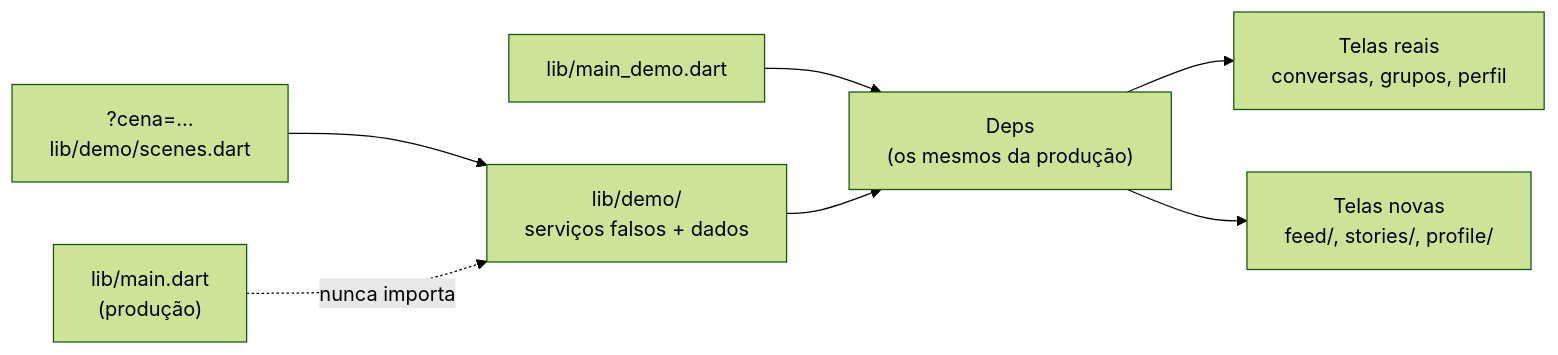
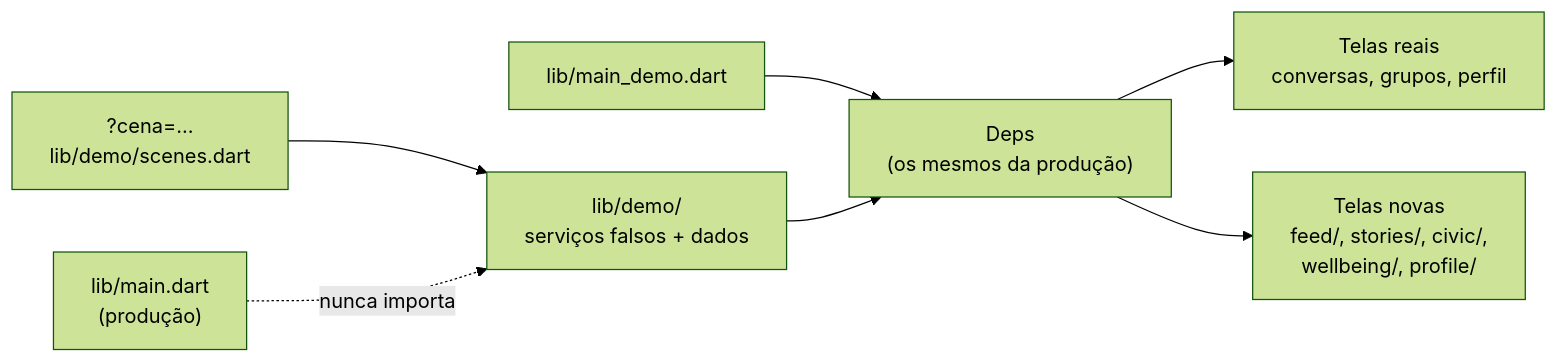
Before and after one commit to kaiomp/alo: the second of 5 diagrams in docs/desenvolvimento.md, drawn with Mermaid (forest theme). The commit also changed other lines of this file and 2 other files, not shown here.

````diff
--- a/docs/desenvolvimento.md
+++ b/docs/desenvolvimento.md
@@ -345,9 +351,9 @@
 ```mermaid
 flowchart LR
   MD["lib/main_demo.dart"] --> D["Deps<br/>(os mesmos da produção)"]
   D --> T["Telas reais<br/>conversas, grupos, perfil"]
-  D --> N["Telas novas<br/>feed/, stories/, profile/"]
+  D --> N["Telas novas<br/>feed/, stories/, civic/,<br/>wellbeing/, profile/"]
   F["lib/demo/<br/>serviços falsos + dados"] --> D
   C["?cena=…<br/>lib/demo/scenes.dart"] --> F
   M["lib/main.dart<br/>(produção)"] -.->|nunca importa| F
 ```
````
